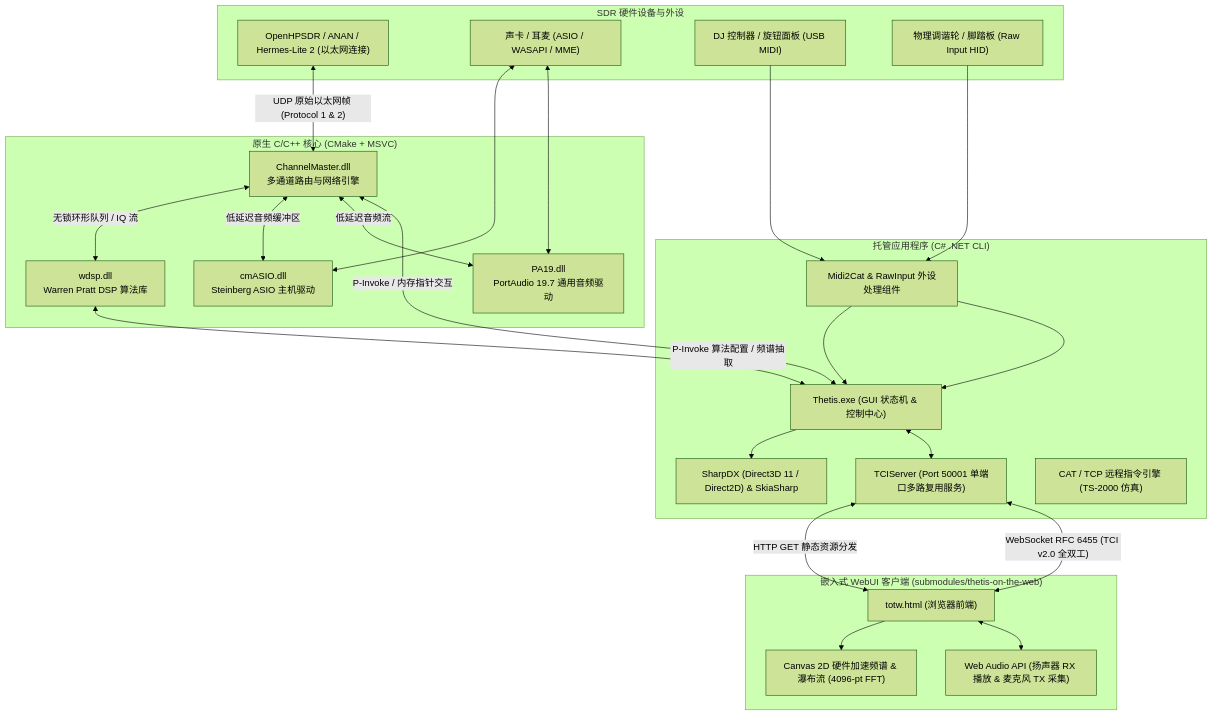
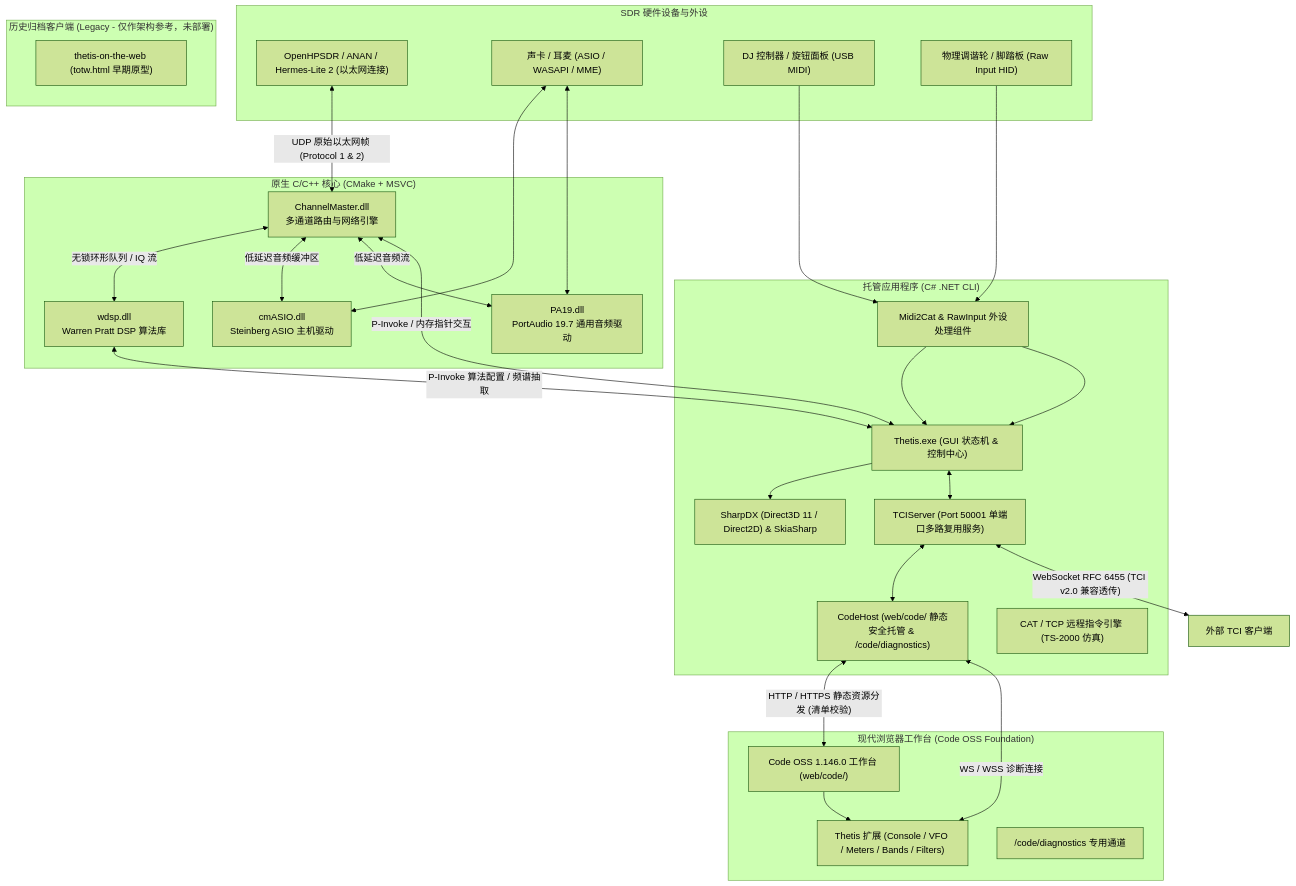
The diagram in STRUCTURE.md (baiyunquan/Thetis-Web), drawn with Mermaid (forest theme) before and after one commit. The commit also changed other lines of this file and 6 other files, not shown here.

````diff
--- a/STRUCTURE.md
+++ b/STRUCTURE.md
@@ -14,49 +22,55 @@
 ```mermaid
 flowchart TD
     subgraph Hardware ["SDR 硬件设备与外设"]
         RadioHW["OpenHPSDR / ANAN / Hermes-Lite 2 (以太网连接)"]
         AudioHW["声卡 / 耳麦 (ASIO / WASAPI / MME)"]
         MidiHW["DJ 控制器 / 旋钮面板 (USB MIDI)"]
         HIDHW["物理调谐轮 / 脚踏板 (Raw Input HID)"]
     end
 
     subgraph NativeCore ["原生 C/C++ 核心 (CMake + MSVC)"]
         CM["ChannelMaster.dll<br/>多通道路由与网络引擎"]
         WDSP["wdsp.dll<br/>Warren Pratt DSP 算法库"]
         CMASIO["cmASIO.dll<br/>Steinberg ASIO 主机驱动"]
         PA19["PA19.dll<br/>PortAudio 19.7 通用音频驱动"]
     end
 
     subgraph ManagedApp ["托管应用程序 (C# .NET CLI)"]
         Console["Thetis.exe (GUI 状态机 & 控制中心)"]
         RenderEng["SharpDX (Direct3D 11 / Direct2D) & SkiaSharp"]
         TCIServer["TCIServer (Port 50001 单端口多路复用服务)"]
+        CodeHost["CodeHost (web/code/ 静态安全托管 & /code/diagnostics)"]
         CATSub["CAT / TCP 远程指令引擎 (TS-2000 仿真)"]
         M2C["Midi2Cat & RawInput 外设处理组件"]
     end
 
-    subgraph WebClient ["嵌入式 WebUI 客户端 (submodules/thetis-on-the-web)"]
-        TOTW["totw.html (浏览器前端)"]
-        Canvas2D["Canvas 2D 硬件加速频谱 & 瀑布流 (4096-pt FFT)"]
-        WebAudio["Web Audio API (扬声器 RX 播放 & 麦克风 TX 采集)"]
+    subgraph WebClient ["现代浏览器工作台 (Code OSS Foundation)"]
+        CodeOSS["Code OSS 1.146.0 工作台 (web/code/)"]
+        Extension["Thetis 扩展 (Console / VFO / Meters / Bands / Filters)"]
+        DiagChannel["/code/diagnostics 专用通道"]
+    end
+
+    subgraph LegacyWebClient ["历史归档客户端 (Legacy - 仅作架构参考，未部署)"]
+        TOTW["thetis-on-the-web (totw.html 早期原型)"]
     end
 
     RadioHW <-->|"UDP 原始以太网帧 (Protocol 1 & 2)"| CM
     CM <-->|"无锁环形队列 / IQ 流"| WDSP
     CM <-->|"低延迟音频缓冲区"| CMASIO
     CM <-->|"低延迟音频流"| PA19
     AudioHW <--> CMASIO
     AudioHW <--> PA19
 
     CM <-->|"P-Invoke / 内存指针交互"| Console
     WDSP <-->|"P-Invoke 算法配置 / 频谱抽取"| Console
     Console --> RenderEng
     MidiHW --> M2C --> Console
     HIDHW --> M2C --> Console
 
     Console <--> TCIServer
-    TCIServer <-->|"HTTP GET 静态资源分发"| TOTW
-    TCIServer <-->|"WebSocket RFC 6455 (TCI v2.0 全双工)"| TOTW
-    TOTW --> Canvas2D
-    TOTW <--> WebAudio
+    TCIServer <--> CodeHost
+    CodeHost <-->|"HTTP / HTTPS 静态资源分发 (清单校验)"| CodeOSS
+    CodeOSS --> Extension
+    Extension <-->|"WS / WSS 诊断连接"| CodeHost
+    TCIServer <-->|"WebSocket RFC 6455 (TCI v2.0 兼容透传)"| ExternalTCI["外部 TCI 客户端"]
 ```
````
